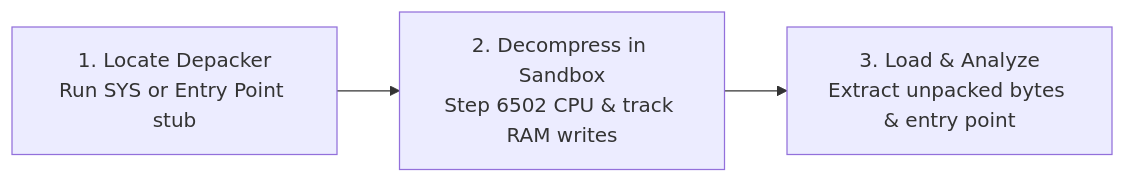
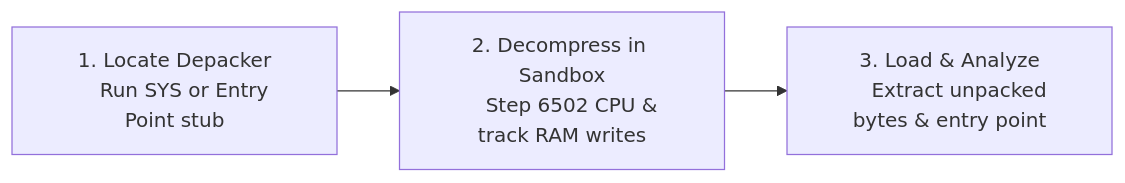
Before and after one commit to ricardoquesada/regenerator2000: the diagram in docs/unpacker.md, drawn with Mermaid. The commit also changed other lines of this file and 28 other files, not shown here.

````diff
--- a/docs/unpacker.md
+++ b/docs/unpacker.md
@@ -57,4 +54,7 @@
 ```mermaid
 flowchart LR
-    Locate["1. Locate Depacker<br/>Run SYS or Entry Point stub"] --> Decompress["2. Decompress in Sandbox<br/>Step 6502 CPU & track RAM writes"] --> Load["3. Load & Analyze<br/>Extract unpacked bytes & entry point"]
+    Locate["`1. Locate Depacker
+    Run SYS or Entry Point stub`"] --> Decompress["`2. Decompress in Sandbox
+    Step 6502 CPU & track RAM writes`"] --> Load["`3. Load & Analyze
+    Extract unpacked bytes & entry point`"]
 ```
````
